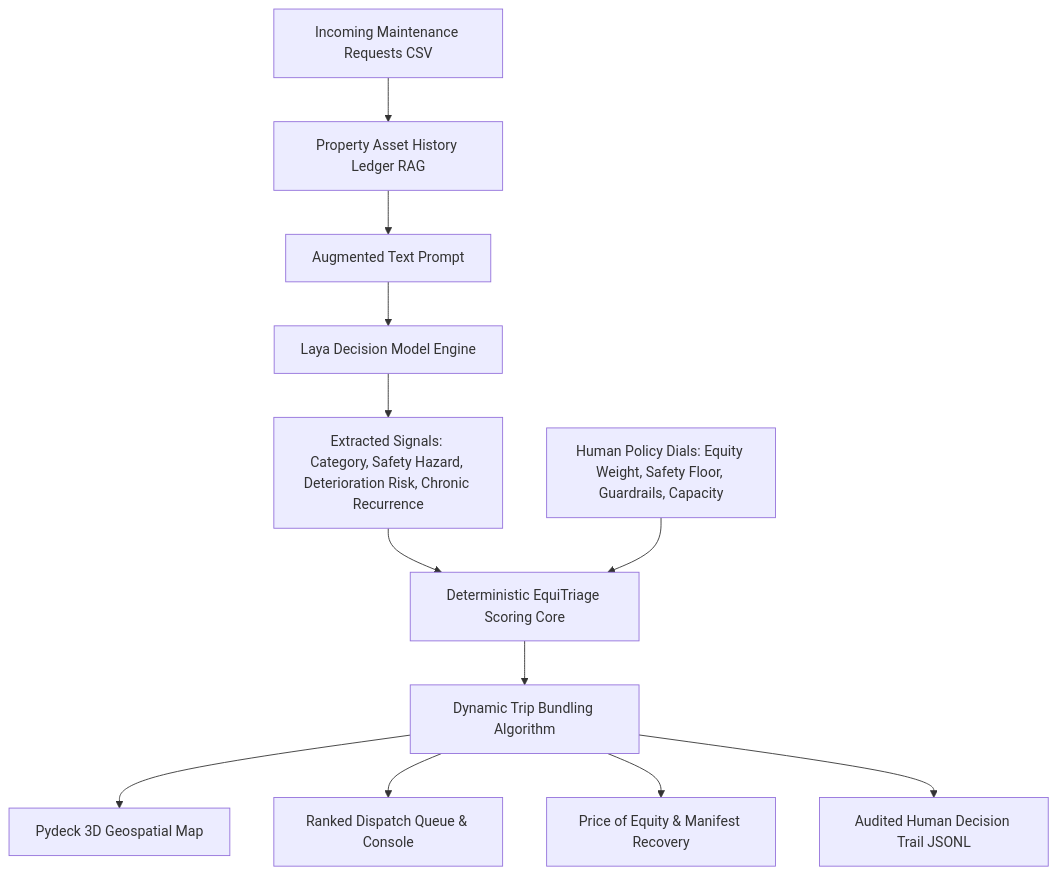
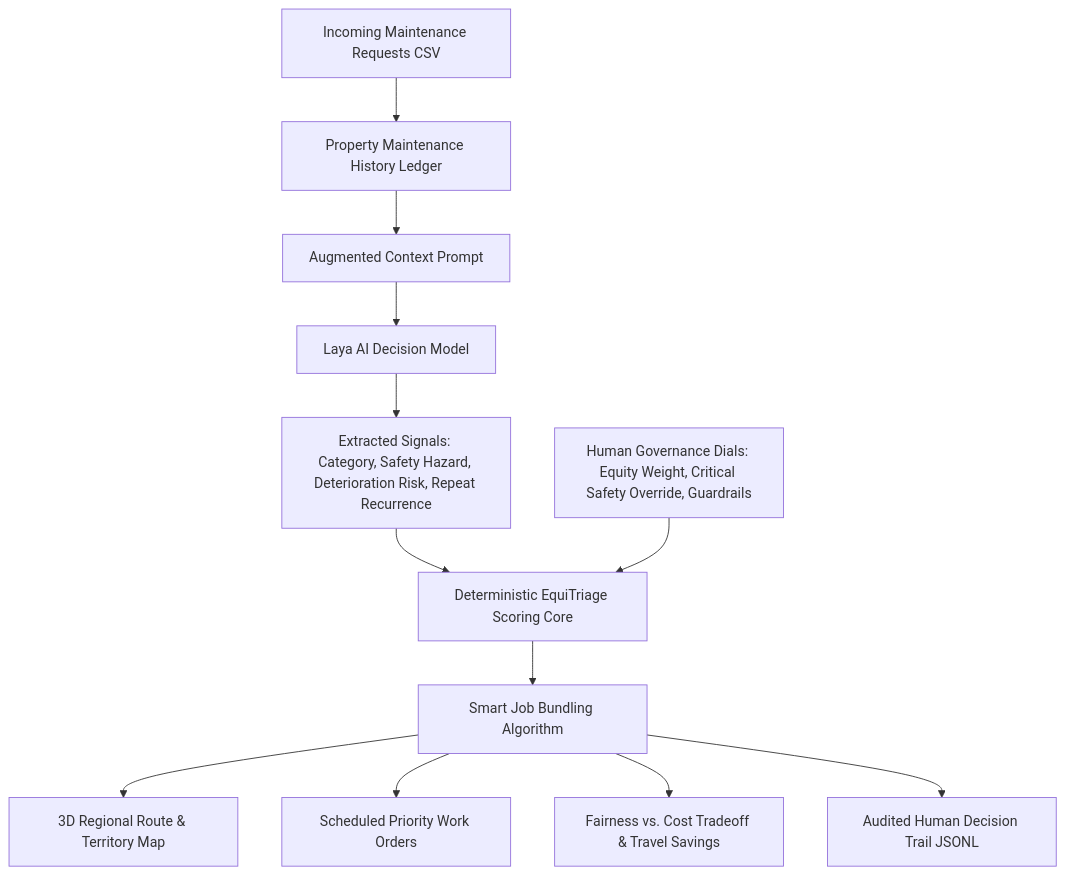
One commit to RohanRajChhetri/AI-Challange-CDU changed the diagram in README.md. Above: the diagram before and after it, drawn with Mermaid. The commit also changed other lines of this file and 3 other files, not shown here.

````diff
--- a/README.md
+++ b/README.md
@@ -50,14 +50,14 @@
 ```mermaid
 graph TD
-    A[Incoming Maintenance Requests CSV] --> B[Property Asset History Ledger RAG]
-    B --> C[Augmented Text Prompt]
-    C --> D[Laya Decision Model Engine]
-    D --> E[Extracted Signals: Category, Safety Hazard, Deterioration Risk, Chronic Recurrence]
+    A[Incoming Maintenance Requests CSV] --> B[Property Maintenance History Ledger]
+    B --> C[Augmented Context Prompt]
+    C --> D[Laya AI Decision Model]
+    D --> E[Extracted Signals: Category, Safety Hazard, Deterioration Risk, Repeat Recurrence]
     E --> F[Deterministic EquiTriage Scoring Core]
-    G[Human Policy Dials: Equity Weight, Safety Floor, Guardrails, Capacity] --> F
-    F --> H[Dynamic Trip Bundling Algorithm]
-    H --> I[Pydeck 3D Geospatial Map]
-    H --> J[Ranked Dispatch Queue & Console]
-    H --> K[Price of Equity & Manifest Recovery]
+    G[Human Governance Dials: Equity Weight, Critical Safety Override, Guardrails] --> F
+    F --> H[Smart Job Bundling Algorithm]
+    H --> I[3D Regional Route & Territory Map]
+    H --> J[Scheduled Priority Work Orders]
+    H --> K[Fairness vs. Cost Tradeoff & Travel Savings]
     H --> L[Audited Human Decision Trail JSONL]
 ```
````
